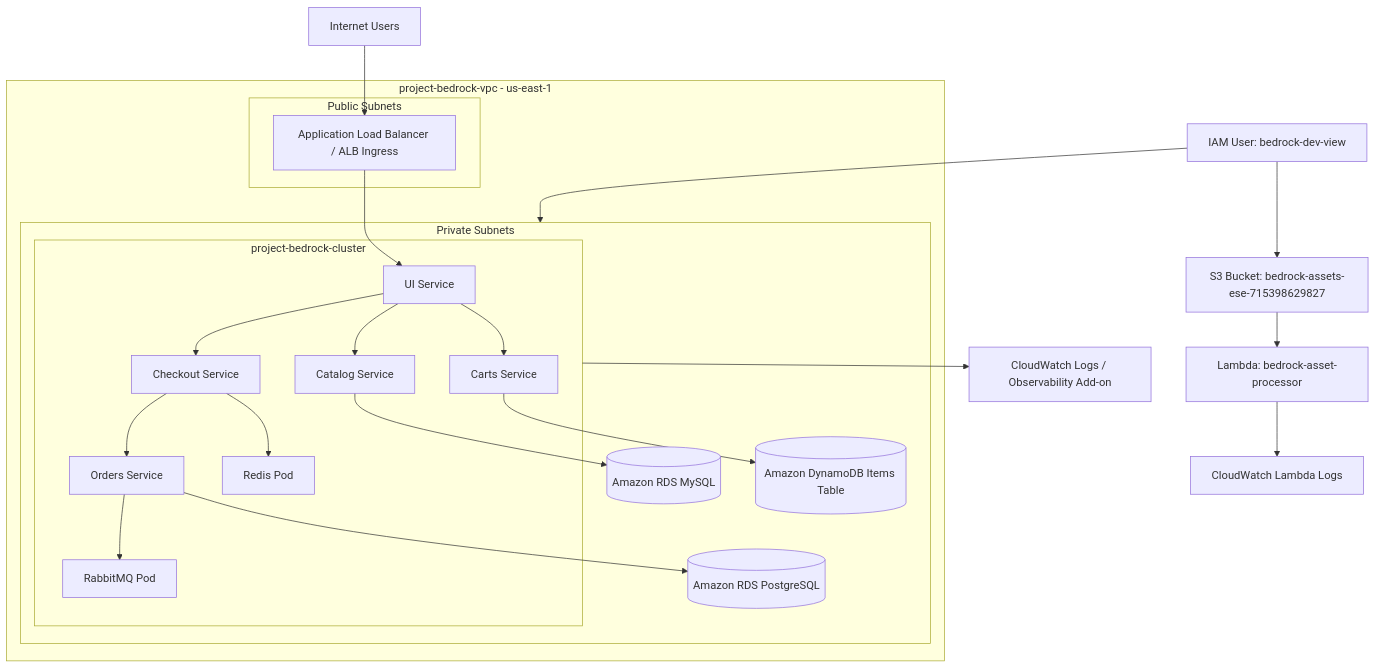
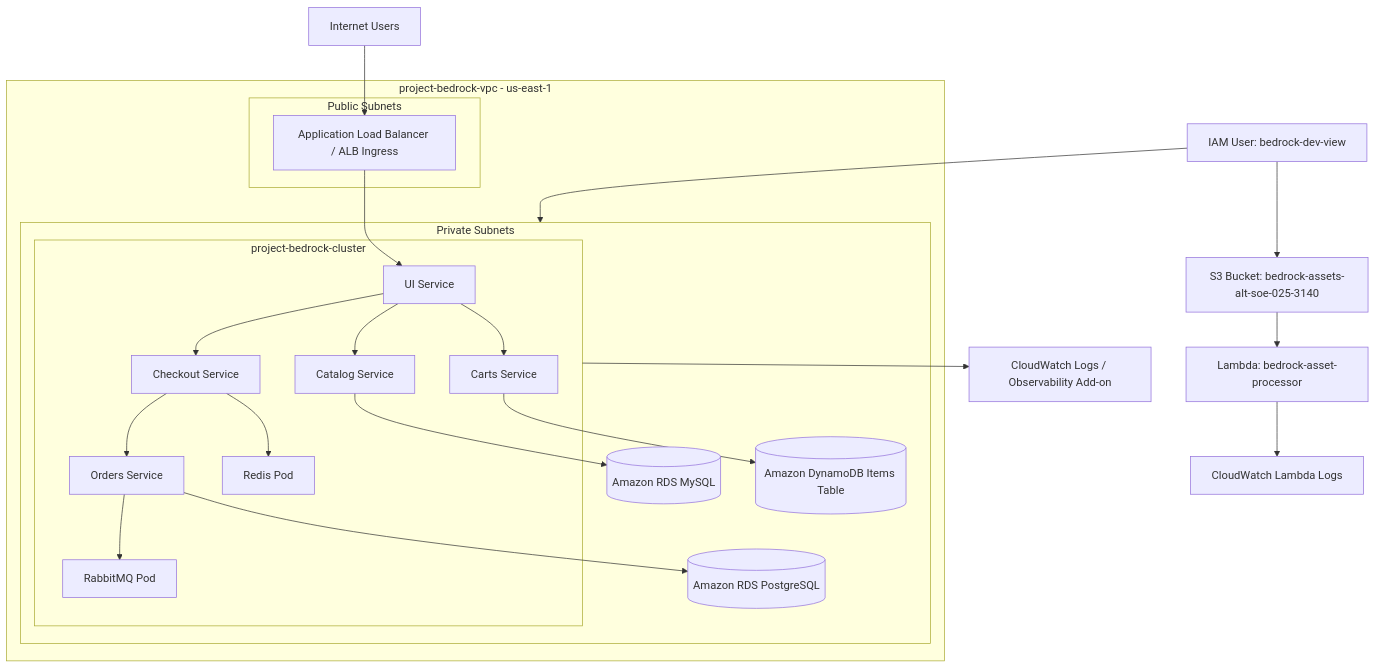
Before and after one commit to Ese-ohe/project-bedrock-capstone: the diagram in README.md, drawn with Mermaid. The commit also changed other lines of this file and 2 other files, not shown here.

Commit message:
Update assets bucket to student ID naming standard

````diff
--- a/README.md
+++ b/README.md
@@ -9,51 +9,51 @@
 ```mermaid
 flowchart TD
 
     Internet[Internet Users] --> ALB[Application Load Balancer / ALB Ingress]
 
     subgraph VPC[project-bedrock-vpc - us-east-1]
 
         subgraph PublicSubnets[Public Subnets]
             ALB
         end
 
         subgraph PrivateSubnets[Private Subnets]
 
             ALB --> UI[UI Service]
 
             subgraph EKS[project-bedrock-cluster]
 
                 UI --> Catalog[Catalog Service]
 
                 UI --> Carts[Carts Service]
 
                 UI --> Checkout[Checkout Service]
 
                 Checkout --> Orders[Orders Service]
 
                 Checkout --> Redis[Redis Pod]
 
                 Orders --> RabbitMQ[RabbitMQ Pod]
 
             end
 
             Catalog --> MySQL[(Amazon RDS MySQL)]
 
             Orders --> Postgres[(Amazon RDS PostgreSQL)]
 
             Carts --> DynamoDB[(Amazon DynamoDB Items Table)]
 
         end
 
     end
 
     EKS --> CloudWatch[CloudWatch Logs / Observability Add-on]
 
-    AssetsBucket[S3 Bucket: bedrock-assets-ese-715398629827] --> Lambda[Lambda: bedrock-asset-processor]
+    AssetsBucket[S3 Bucket: bedrock-assets-alt-soe-025-3140] --> Lambda[Lambda: bedrock-asset-processor]
 
     Lambda --> LambdaLogs[CloudWatch Lambda Logs]
 
     DevUser[IAM User: bedrock-dev-view] --> EKS
 
     DevUser --> AssetsBucket
 ```
````
